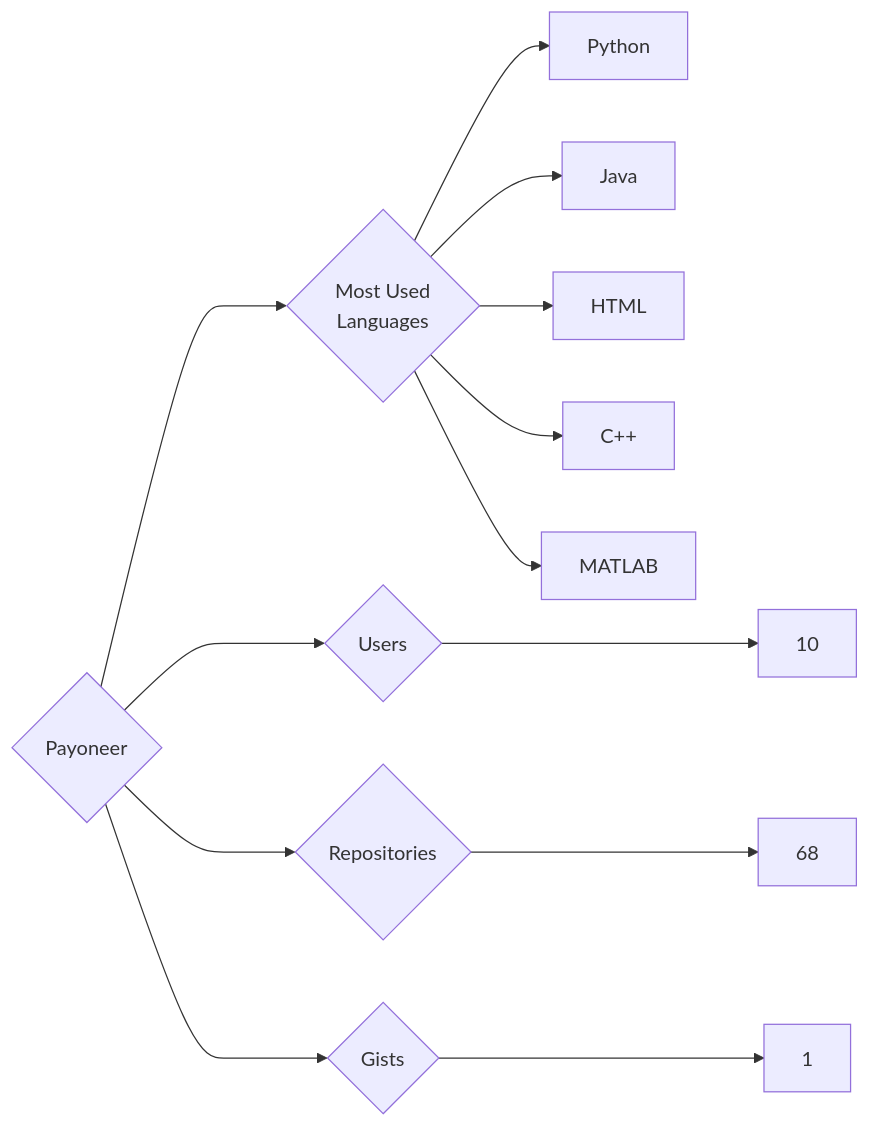
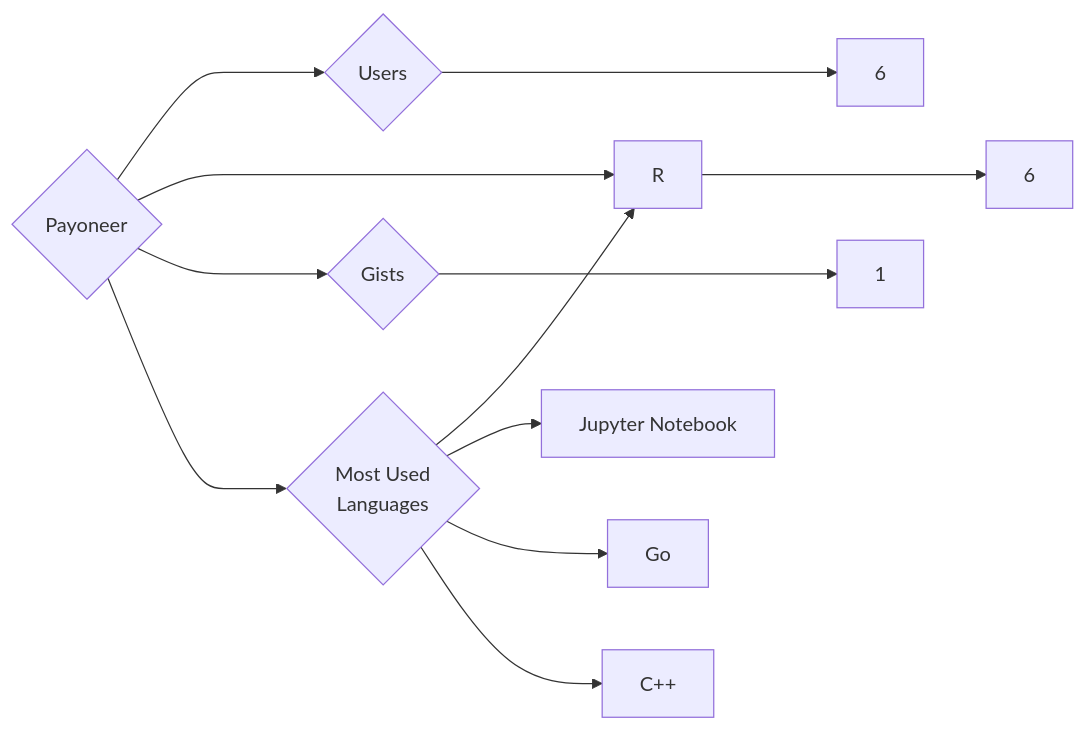
Before and after one commit to trickest/insiders: the diagram in targets/Payoneer/README.md, drawn with Mermaid. The commit also changed 1696 other files, not shown here.

````diff
--- a/targets/Payoneer/README.md
+++ b/targets/Payoneer/README.md
@@ -3,13 +3,12 @@
 ```mermaid
 graph LR
 COMPANY_NAME{Payoneer}
-COMPANY_NAME ---> U{Users} ---> UN[10]
-COMPANY_NAME ---> R{Repositories} ---> RN[68]
+COMPANY_NAME ---> U{Users} ---> UN[6]
+COMPANY_NAME ---> R{Repositories} ---> RN[6]
 COMPANY_NAME ---> G{Gists} ---> GN[1]
 COMPANY_NAME ---> ML{Most Used<br>Languages}
-ML --> Python[Python]
-ML --> Java[Java]
-ML --> HTML[HTML]
+ML --> R[R]
+ML --> Jupyter_Notebook[Jupyter Notebook]
+ML --> Go[Go]
 ML --> C++[C++]
-ML --> MATLAB[MATLAB]
 ```
````
